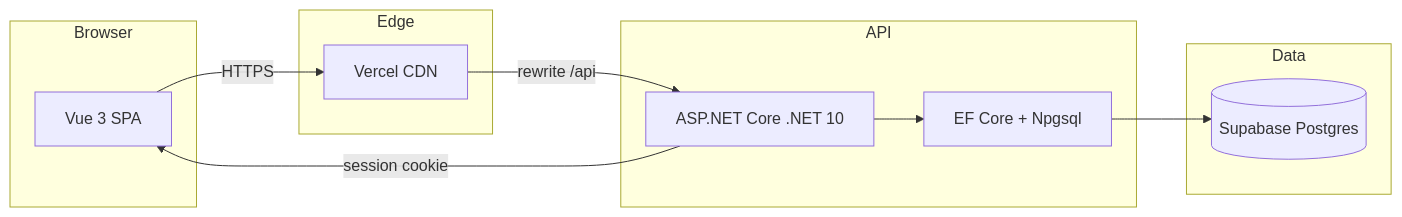
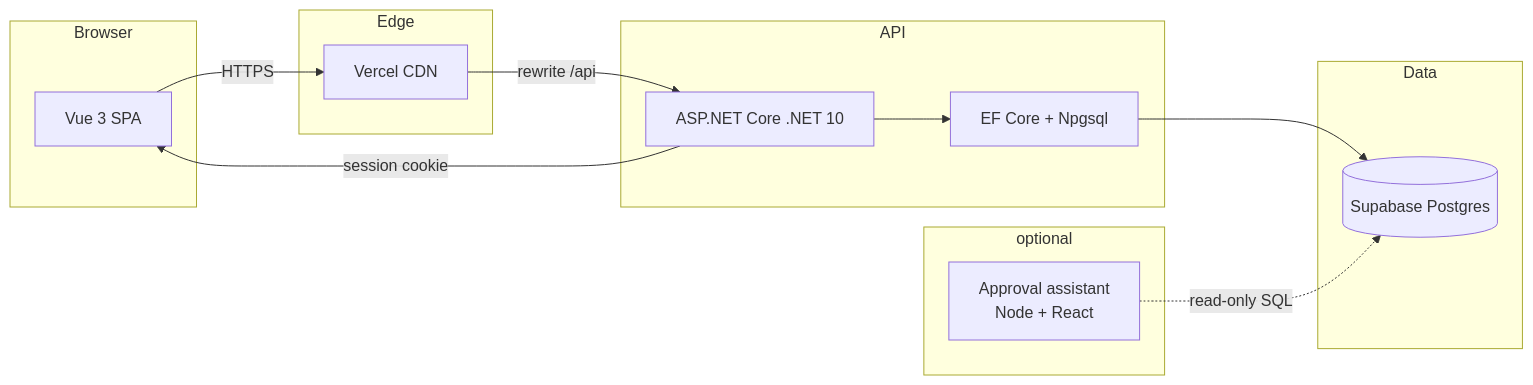
One commit to siliconsagenerd/stockflow changed the diagram in README.md. Above: the diagram before and after it, drawn with Mermaid. The commit also changed other lines of this file, not shown here.

Commit message:
docs: mention approval assistant in root readme

````diff
--- a/README.md
+++ b/README.md
@@ -18,20 +22,24 @@
 ```mermaid
 flowchart LR
     subgraph Browser
         U[Vue 3 SPA]
     end
     subgraph Edge
         V[Vercel CDN]
     end
     subgraph API
         C[ASP.NET Core .NET 10]
         E[EF Core + Npgsql]
     end
     subgraph Data
         P[(Supabase Postgres)]
     end
+    subgraph Assistant [optional]
+        A[Approval assistant<br/>Node + React]
+    end
 
     U -->|HTTPS| V -->|rewrite /api| C
     C --> E --> P
     C -->|session cookie| U
+    A -.->|read-only SQL| P
 ```
````
